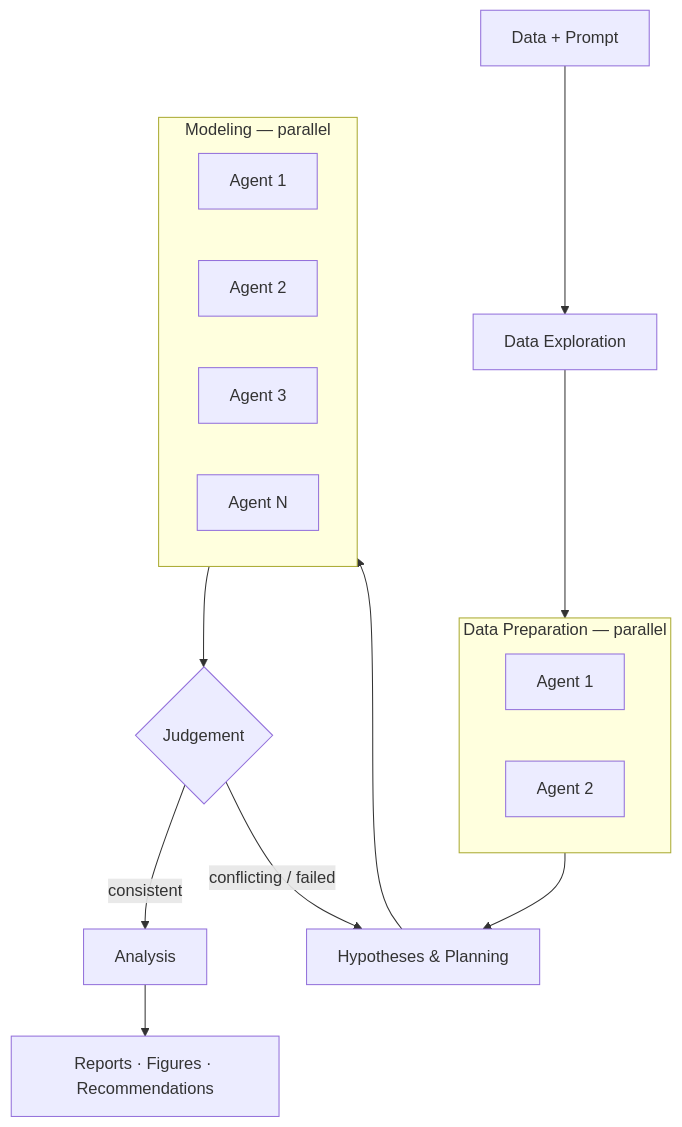
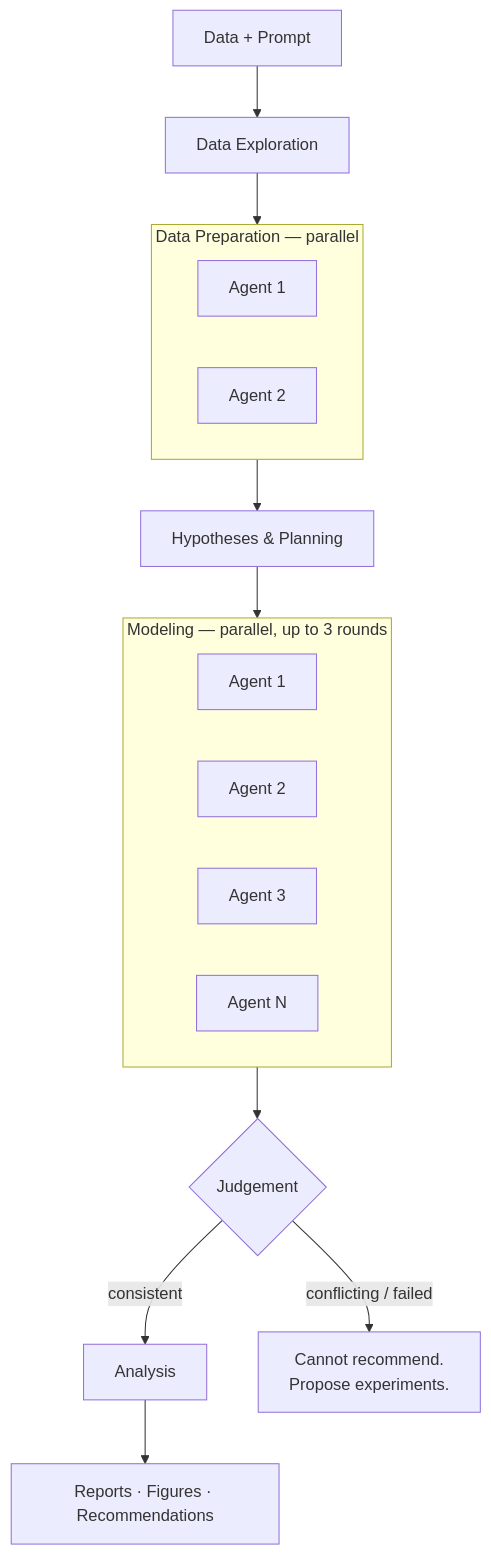
One commit to pymc-labs/decision-lab changed the diagram in decision-packs/mmm/README.md. Above: the diagram before and after it, drawn with Mermaid.

Commit message:
Break cycle in diagram, add stop branch

````diff
--- a/decision-packs/mmm/README.md
+++ b/decision-packs/mmm/README.md
@@ -17,25 +17,25 @@
 ```mermaid
 flowchart TD
     D[Data + Prompt] --> E[Data Exploration]
     E --> DP
 
     subgraph DP [Data Preparation — parallel]
         DP1[Agent 1]
         DP2[Agent 2]
     end
 
     DP --> HP[Hypotheses & Planning]
     HP --> M
 
-    subgraph M [Modeling — parallel]
+    subgraph M [Modeling — parallel, up to 3 rounds]
         M1[Agent 1]
         M2[Agent 2]
         M3[Agent 3]
         MN[Agent N]
     end
 
     M --> J{Judgement}
     J -- consistent --> A[Analysis]
-    J -- conflicting / failed --> HP
+    J -- conflicting / failed --> STOP[Cannot recommend.\nPropose experiments.]
     A --> O[Reports · Figures · Recommendations]
 ```
````
